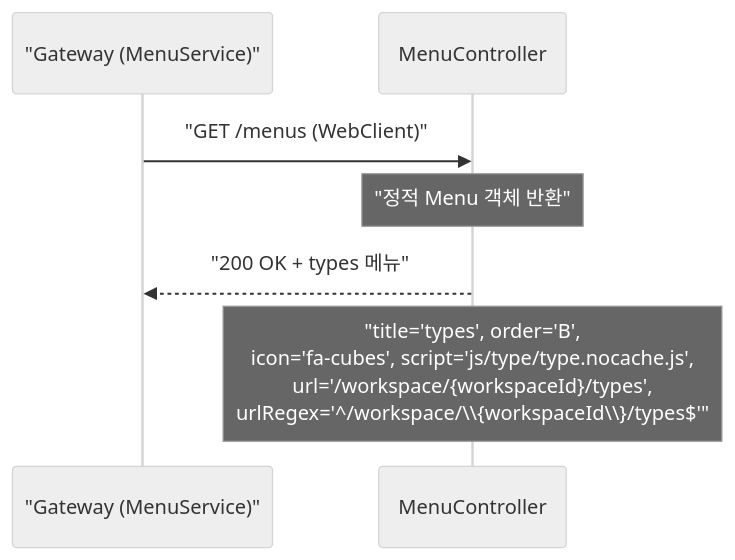
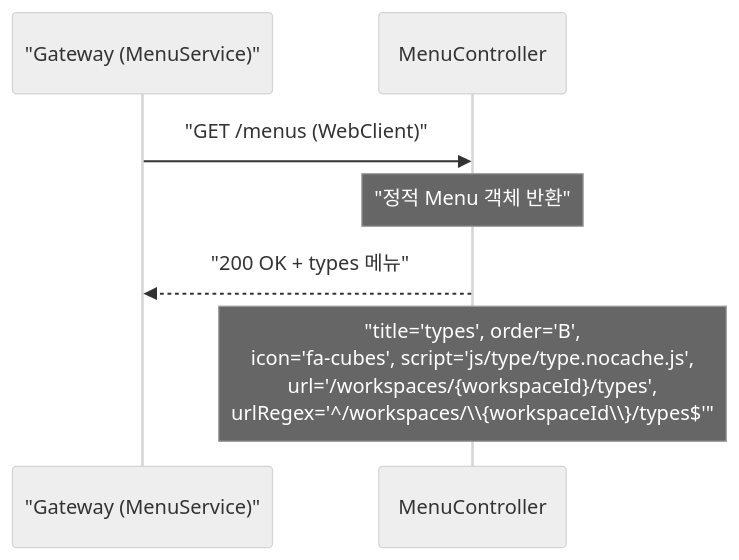
The third of 3 diagrams in type-query/USECASE.md (sayaya1090/handbook), drawn with Mermaid (neutral theme) before and after one commit. The commit also changed other lines of this file and 58 other files, not shown here.

````diff
--- a/type-query/USECASE.md
+++ b/type-query/USECASE.md
@@ -56,10 +56,10 @@
 ```mermaid
 sequenceDiagram
     participant GW as "Gateway (MenuService)"
     participant Ctrl as MenuController
 
     GW->>Ctrl: "GET /menus (WebClient)"
     Note over Ctrl: "정적 Menu 객체 반환"
     Ctrl-->>GW: "200 OK + types 메뉴"
-    Note over Ctrl: "title='types', order='B',<br/>icon='fa-cubes', script='js/type/type.nocache.js',<br/>url='/workspace/{workspaceId}/types',<br/>urlRegex='^/workspace/\\{workspaceId\\}/types$'"
+    Note over Ctrl: "title='types', order='B',<br/>icon='fa-cubes', script='js/type/type.nocache.js',<br/>url='/workspaces/{workspaceId}/types',<br/>urlRegex='^/workspaces/\\{workspaceId\\}/types$'"
 ```
````
